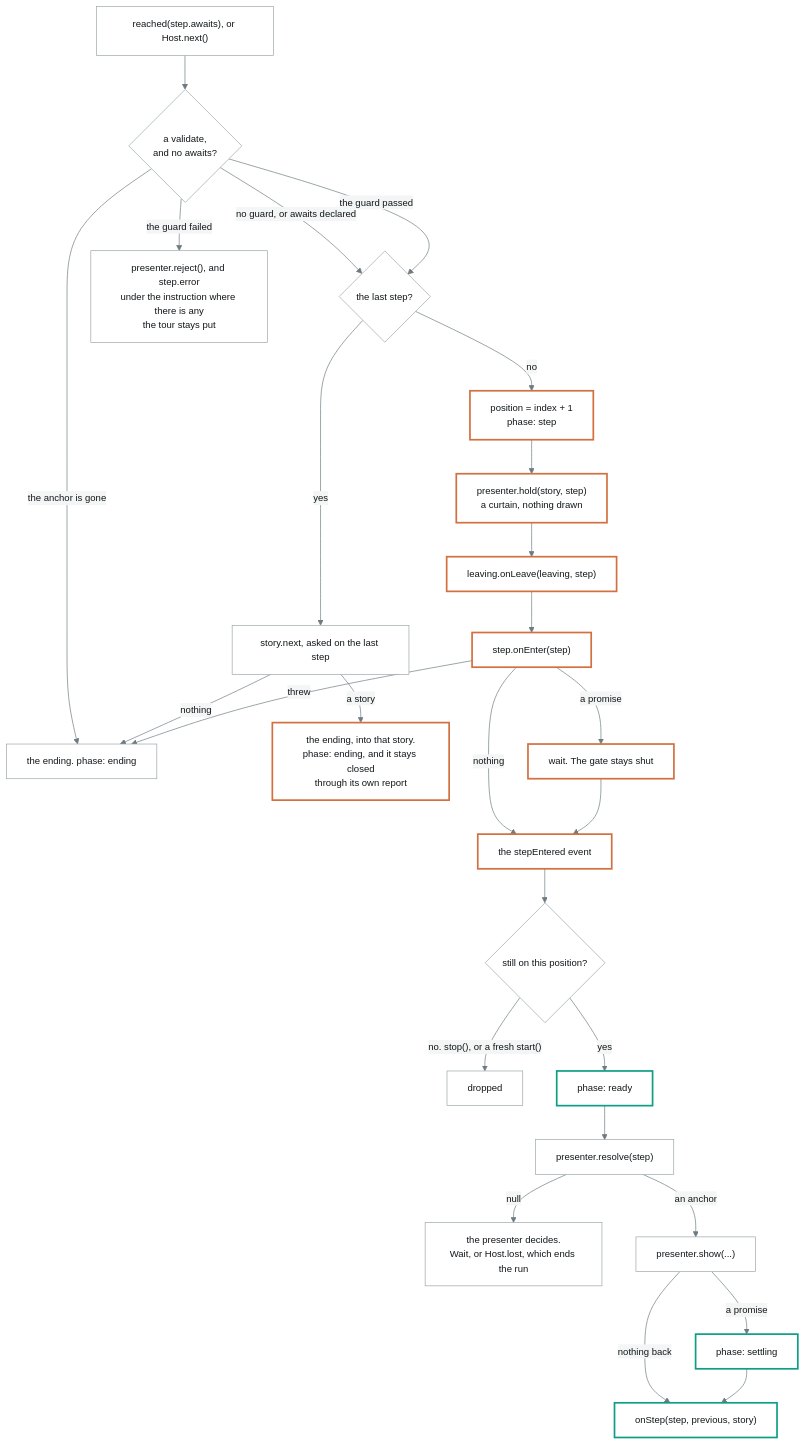
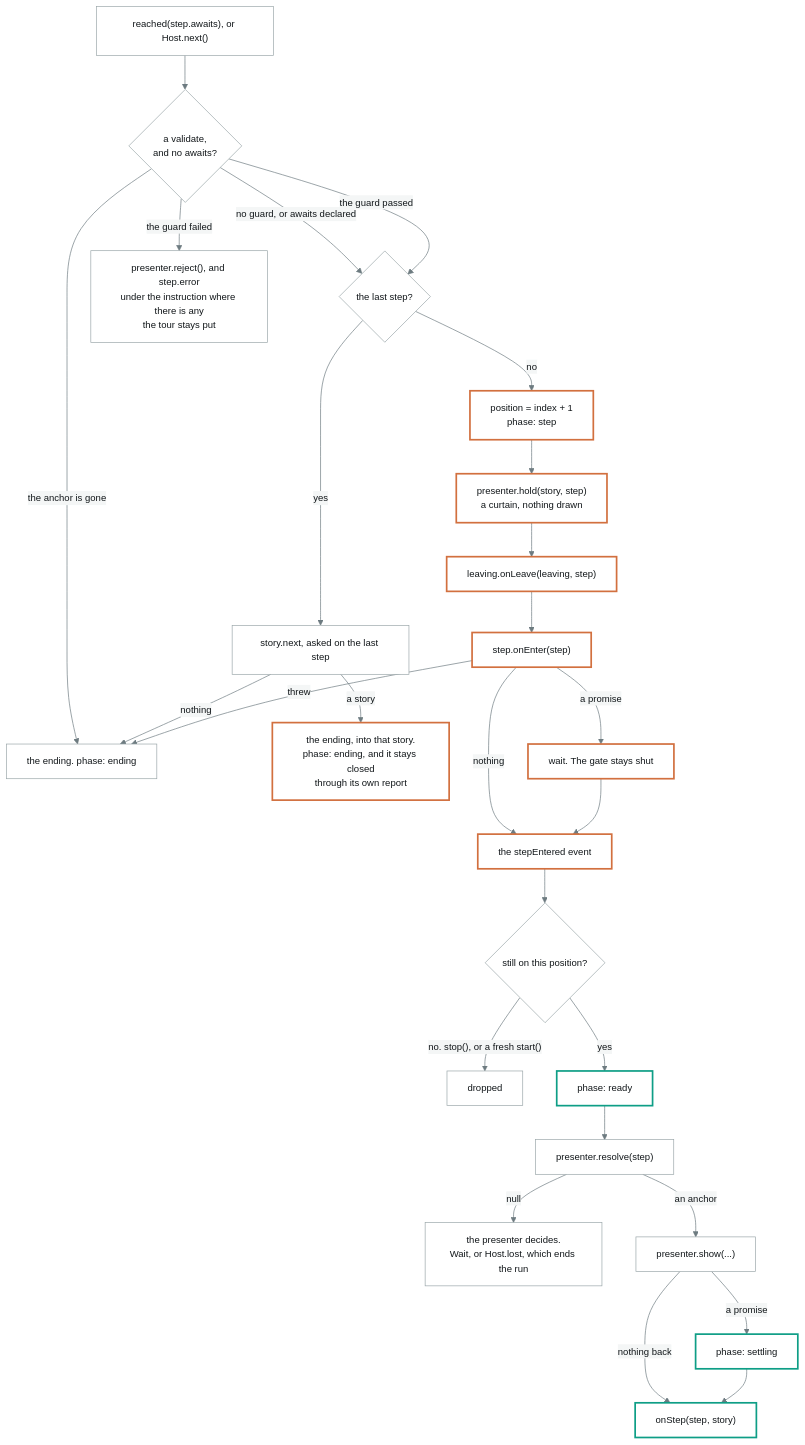
One commit to annetaan/leko changed the second of 2 diagrams in packages/machine/model/phases.md. Above: the diagram before and after it, drawn with Mermaid. The commit also changed 35 other files, not shown here.

````diff
--- a/packages/machine/model/phases.md
+++ b/packages/machine/model/phases.md
@@ -125,34 +125,34 @@
 ```mermaid
 %%{init: {'theme':'base','themeVariables':{'background':'#F4F6F6','primaryColor':'#FFFFFF','primaryTextColor':'#12171A','primaryBorderColor':'#9AA6A9','lineColor':'#6D7B80','textColor':'#12171A','edgeLabelBackground':'#F4F6F6','tertiaryColor':'#E9EDED','tertiaryTextColor':'#12171A','fontSize':'14px'}}}%%
 flowchart TD
   A["reached(step.awaits), or Host.next()"] --> V{"a validate,<br>and no awaits?"}
   V -- "no guard, or awaits declared" --> B{"the last step?"}
   V -- "the guard passed" --> B
   V -- "the anchor is gone" --> Z["the ending. phase: ending"]
   V -- "the guard failed" --> S["presenter.reject(), and step.error<br>under the instruction where there is any<br>the tour stays put"]
   B -- "yes" --> N["story.next, asked on the last step"]
   N -- "a story" --> Y["the ending, into that story.<br>phase: ending, and it stays closed<br>through its own report"]
   N -- "nothing" --> Z
   B -- "no" --> C["position = index + 1<br>phase: step"]
   C --> D["presenter.hold(story, step)<br>a curtain, nothing drawn"]
   D --> E["leaving.onLeave(leaving, step)"]
   E --> F["step.onEnter(step)"]
   F -- "threw" --> Z
   F -- "a promise" --> G["wait. The gate stays shut"]
   F -- "nothing" --> H["the stepEntered event"]
   G --> H
   H --> I{"still on this position?"}
   I -- "no. stop(), or a fresh start()" --> X["dropped"]
   I -- "yes" --> J["phase: ready"]
   J --> K["presenter.resolve(step)"]
   K -- "null" --> L["the presenter decides.<br>Wait, or Host.lost, which ends the run"]
   K -- "an anchor" --> M["presenter.show(...)"]
-  M -- "nothing back" --> P["onStep(step, previous, story)"]
+  M -- "nothing back" --> P["onStep(step, story)"]
   M -- "a promise" --> O["phase: settling"]
   O --> P
 
   classDef open stroke:#0E9E86,stroke-width:2.5px
   classDef shut stroke:#D2703F,stroke-width:2.5px
   class C,D,E,F,G,H,Y shut
   class J,O,P open
 ```
````
